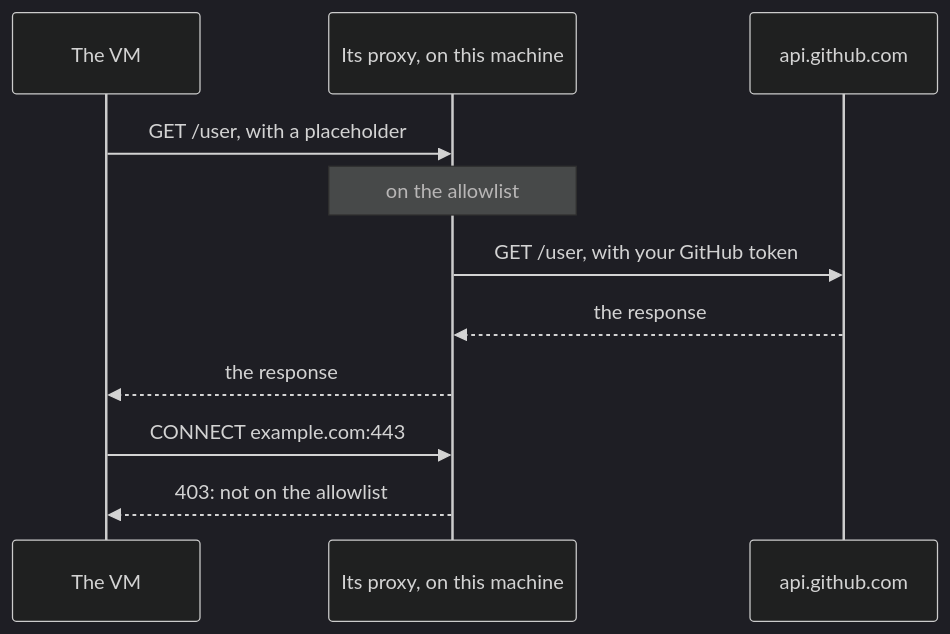
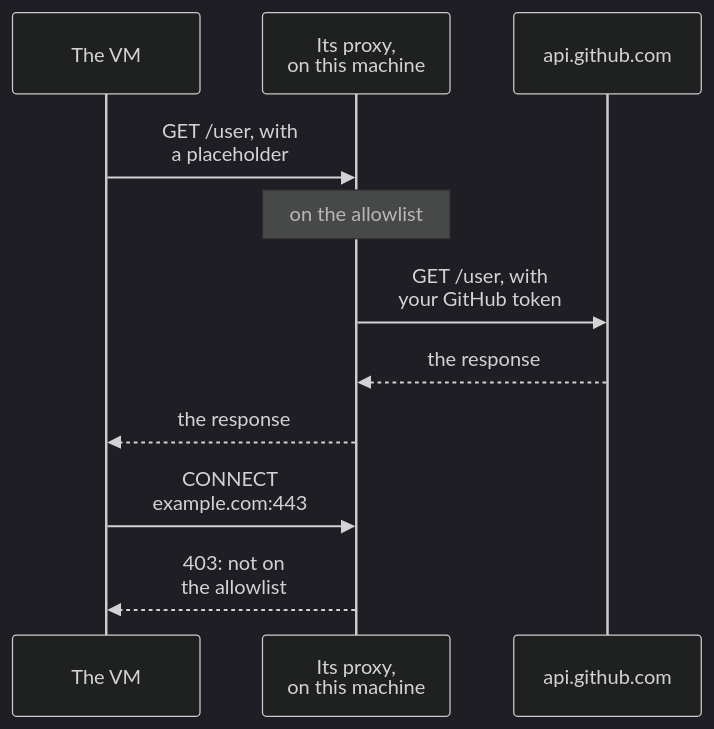
The diagram in docs/content/docs/safety/network.md (DustyPolk/devvm), drawn with Mermaid (dark theme) before and after one commit. The commit also changed 4 other files, not shown here.

Commit message:
docs: diagrams for the proxy, the self-check and port forwarding; the rest fit the column

````diff
--- a/docs/content/docs/safety/network.md
+++ b/docs/content/docs/safety/network.md
@@ -8,13 +8,13 @@
 ```mermaid
 sequenceDiagram
   participant P as The VM
-  participant X as Its proxy, on this machine
+  participant X as Its proxy,<br>on this machine
   participant H as api.github.com
-  P->>X: GET /user, with a placeholder
+  P->>X: GET /user, with<br>a placeholder
   Note over X: on the allowlist
-  X->>H: GET /user, with your GitHub token
+  X->>H: GET /user, with<br>your GitHub token
   H-->>X: the response
   X-->>P: the response
-  P->>X: CONNECT example.com:443
-  X-->>P: 403: not on the allowlist
+  P->>X: CONNECT<br>example.com:443
+  X-->>P: 403: not on<br>the allowlist
 ```
````
